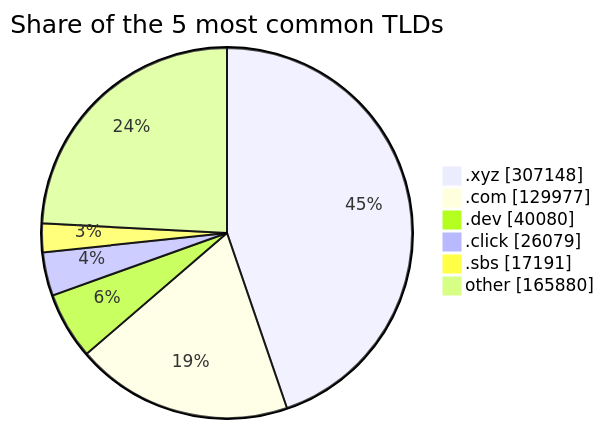
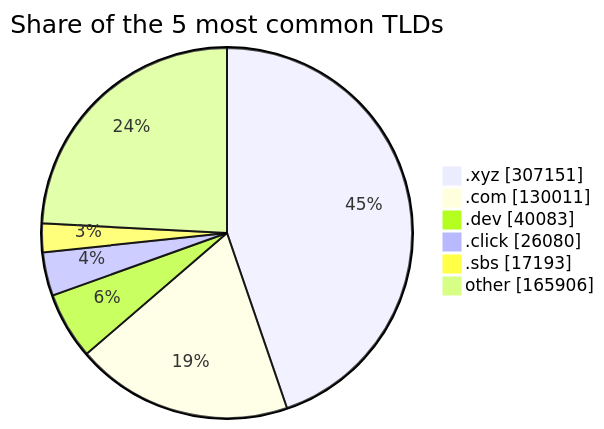
The third of 3 diagrams in README.md (DNSBunker/CTI), drawn with Mermaid before and after one commit. The commit also changed other lines of this file and 3 other files, not shown here.

````diff
--- a/README.md
+++ b/README.md
@@ -81,9 +81,9 @@
 ```mermaid
 pie showData title Share of the 5 most common TLDs
-    ".xyz" : 307148
-    ".com" : 129977
-    ".dev" : 40080
-    ".click" : 26079
-    ".sbs" : 17191
-    "other" : 165880
+    ".xyz" : 307151
+    ".com" : 130011
+    ".dev" : 40083
+    ".click" : 26080
+    ".sbs" : 17193
+    "other" : 165906
 ```
````
